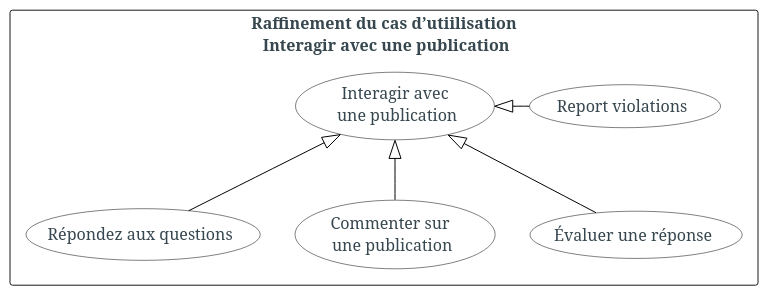
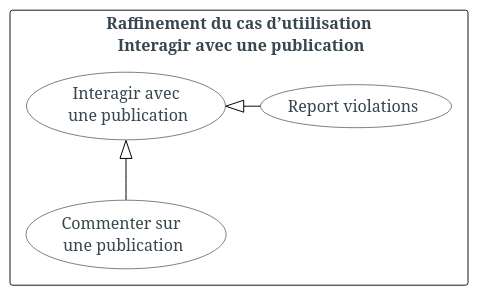
One commit to assimhabeek/memoire changed the diagram in diagrammes/src/usecases/interact_content.puml. Above: the diagram before and after it, drawn with PlantUML. The commit also changed 10 other files, not shown here.

```diff
--- a/diagrammes/src/usecases/interact_content.puml
+++ b/diagrammes/src/usecases/interact_content.puml
@@ -1,33 +1,29 @@
 @startuml
 top to bottom direction
 skinparam backgroundColor #fff
 skinparam defaultFontColor #37474f
 skinparam defaultFontSize 16
 skinparam defaultFontName serif
 skinparam defaultFontStyle bold
 skinparam usecaseBackgroundColor #fff
 skinparam usecaseBorderColor #000
 skinparam usecaseArrowColor #000
 skinparam usecaseActorBorderColor black
 
 
 
 
 rectangle "Raffinement du cas d’utiilisation\n Interagir avec une publication"{
 
 usecase  reportViolations as "Report violations"
-usecase  answerQuestion as "Répondez aux questions"
 usecase  comment as "Commenter sur \nune publication"
-usecase  evaluate as "Évaluer une réponse"
 usecase  interact as "Interagir avec\n une publication"
 
 
 
 
-interact <|-- answerQuestion
 interact <|-- comment
-interact <|-- evaluate
 interact <|- reportViolations
 
 }
 @enduml
```
